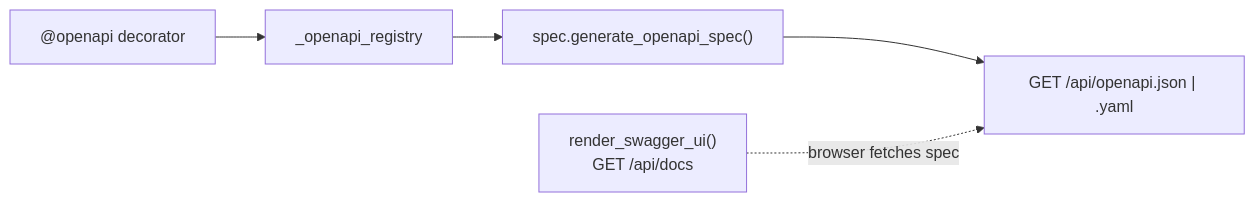
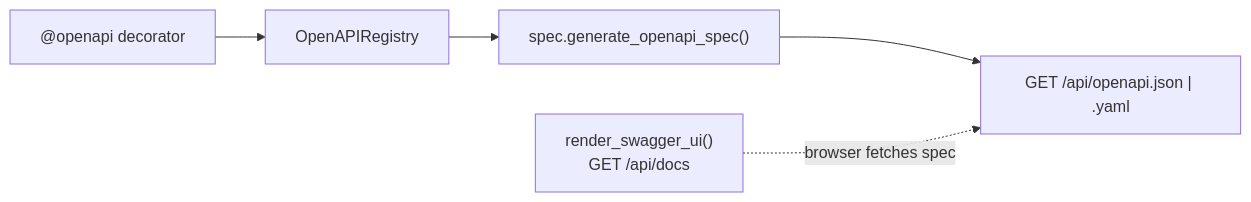
The diagram in README.md (yeongseon/azure-functions-openapi-python), drawn with Mermaid before and after one commit. The commit also changed other lines of this file and 1 other file, not shown here.

Commit message:
docs: name OpenAPIRegistry in architecture diagrams

````diff
--- a/README.md
+++ b/README.md
@@ -103,7 +103,7 @@
 ```mermaid
 flowchart LR
-    DEC["@openapi decorator"] --> REG["_openapi_registry"]
+    DEC["@openapi decorator"] --> REG["OpenAPIRegistry"]
     REG --> GEN["spec.generate_openapi_spec()"]
     GEN --> EP["GET /api/openapi.json | .yaml"]
     UI["render_swagger_ui()<br/>GET /api/docs"] -.->|browser fetches spec| EP
 ```
````
